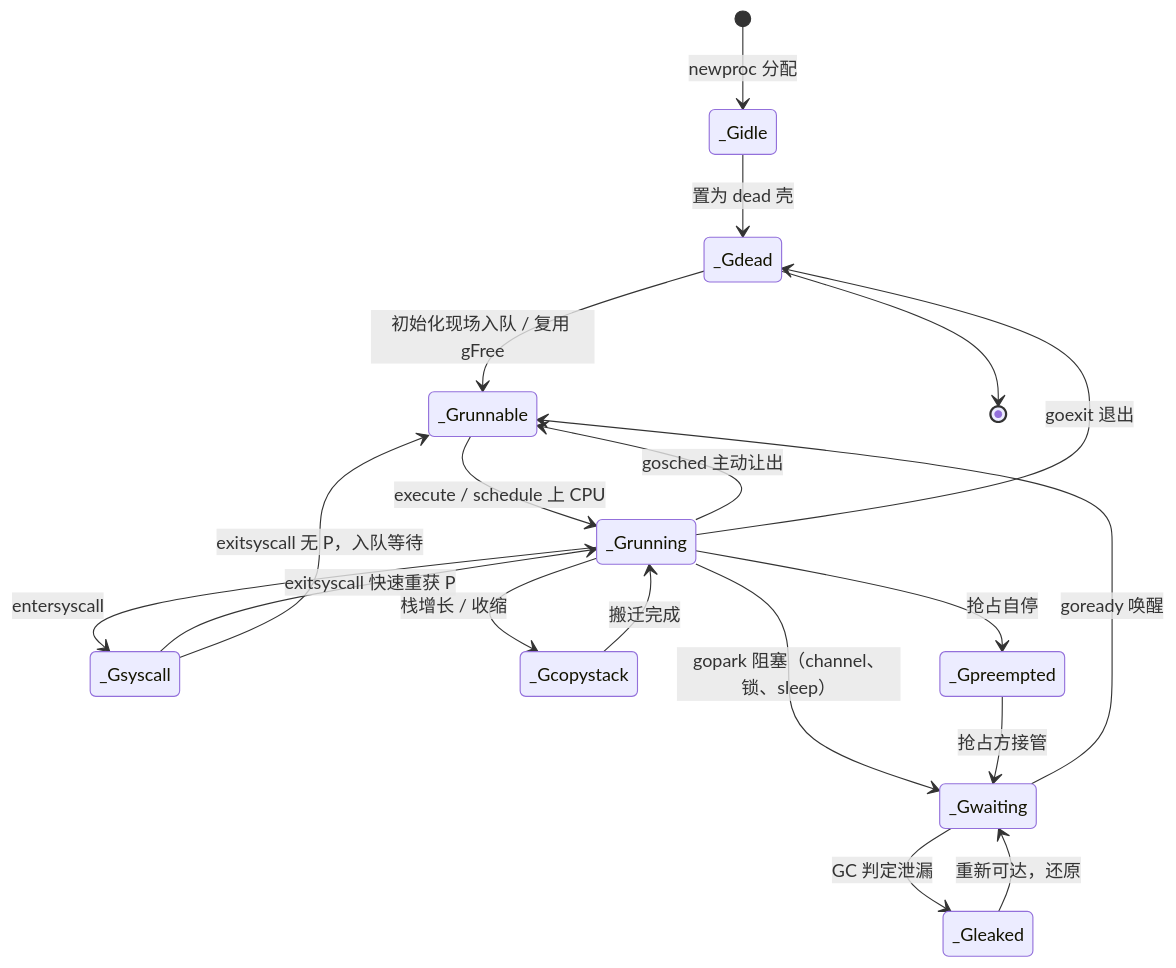
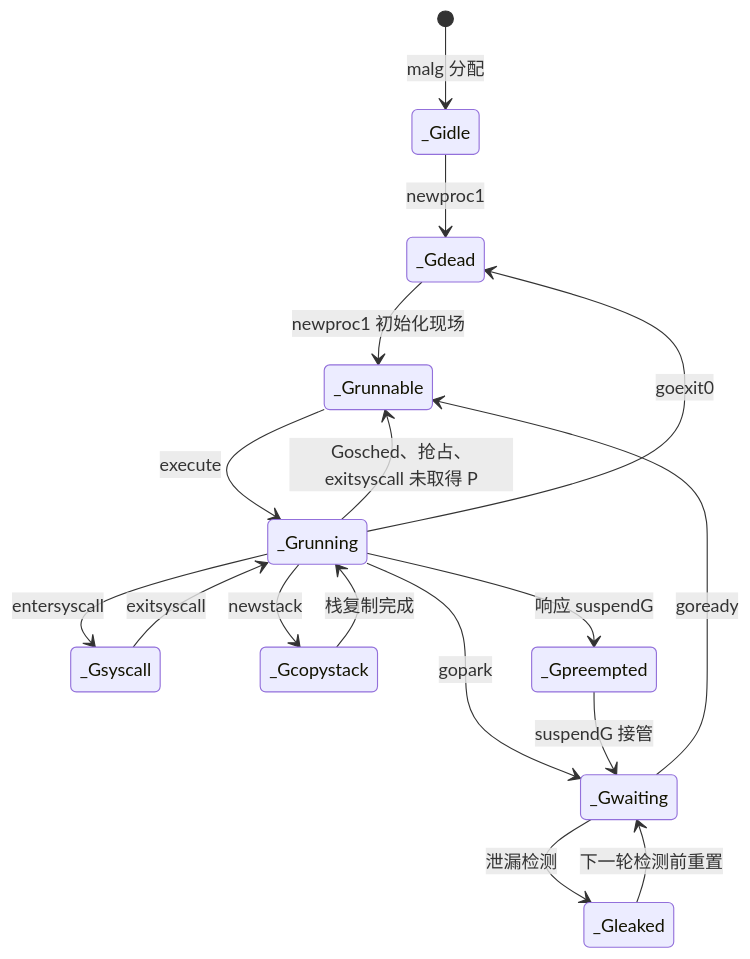
One commit to golang-design/under-the-hood changed the diagram in book/zh-cn/part3concurrency/ch09sched/mpg.md. Above: the diagram before and after it, drawn with Mermaid. The commit also changed other lines of this file and 11 other files, not shown here.

````diff
--- a/book/zh-cn/part3concurrency/ch09sched/mpg.md
+++ b/book/zh-cn/part3concurrency/ch09sched/mpg.md
@@ -203,21 +271,19 @@
 ```mermaid
 stateDiagram-v2
-    [*] --> _Gidle: newproc 分配
-    _Gidle --> _Gdead: 置为 dead 壳
-    _Gdead --> _Grunnable: 初始化现场入队 / 复用 gFree
-    _Grunnable --> _Grunning: execute / schedule 上 CPU
-    _Grunning --> _Grunnable: gosched 主动让出
-    _Grunning --> _Gwaiting: gopark 阻塞（channel、锁、sleep）
-    _Gwaiting --> _Grunnable: goready 唤醒
+    [*] --> _Gidle: malg 分配
+    _Gidle --> _Gdead: newproc1
+    _Gdead --> _Grunnable: newproc1 初始化现场
+    _Grunnable --> _Grunning: execute
+    _Grunning --> _Grunnable: Gosched、抢占、exitsyscall 未取得 P
+    _Grunning --> _Gwaiting: gopark
+    _Gwaiting --> _Grunnable: goready
     _Grunning --> _Gsyscall: entersyscall
-    _Gsyscall --> _Grunning: exitsyscall 快速重获 P
-    _Gsyscall --> _Grunnable: exitsyscall 无 P，入队等待
-    _Grunning --> _Gcopystack: 栈增长 / 收缩
-    _Gcopystack --> _Grunning: 搬迁完成
-    _Grunning --> _Gpreempted: 抢占自停
-    _Gpreempted --> _Gwaiting: 抢占方接管
-    _Gwaiting --> _Gleaked: GC 判定泄漏
-    _Gleaked --> _Gwaiting: 重新可达，还原
-    _Grunning --> _Gdead: goexit 退出
-    _Gdead --> [*]
+    _Gsyscall --> _Grunning: exitsyscall
+    _Grunning --> _Gcopystack: newstack
+    _Gcopystack --> _Grunning: 栈复制完成
+    _Grunning --> _Gpreempted: 响应 suspendG
+    _Gpreempted --> _Gwaiting: suspendG 接管
+    _Gwaiting --> _Gleaked: 泄漏检测
+    _Gleaked --> _Gwaiting: 下一轮检测前重置
+    _Grunning --> _Gdead: goexit0
 ```
````
